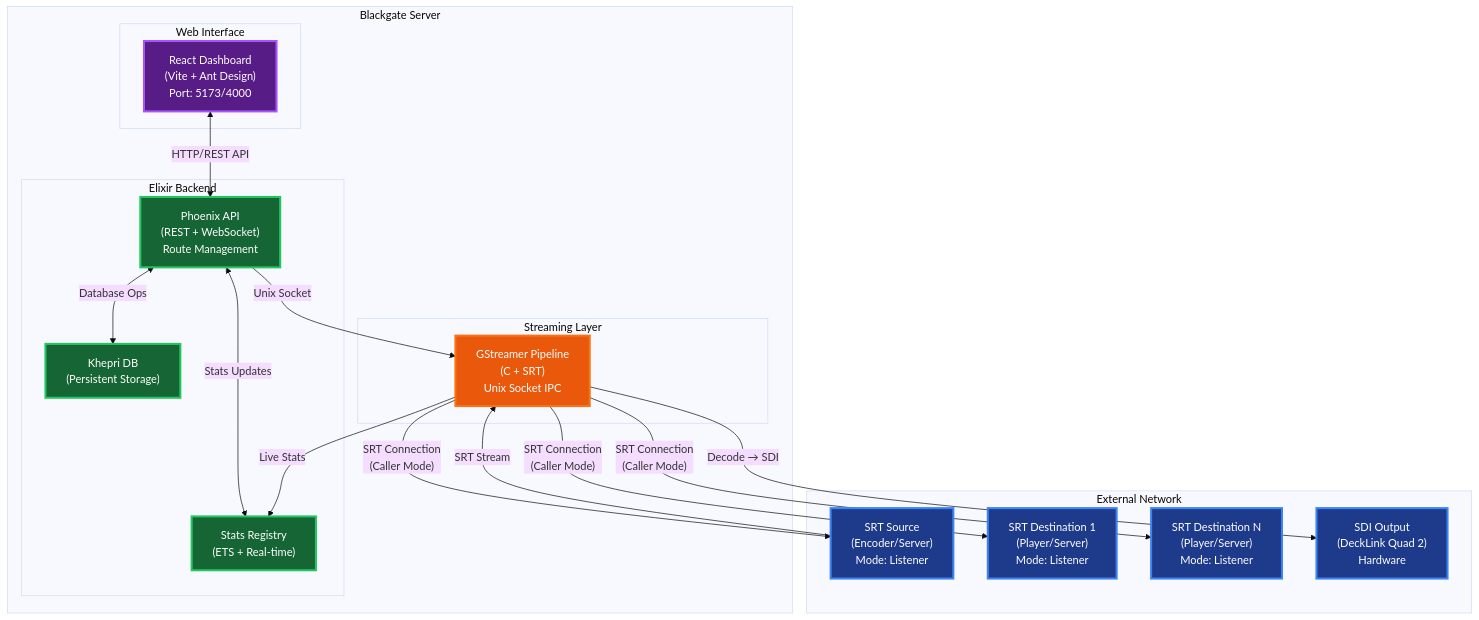
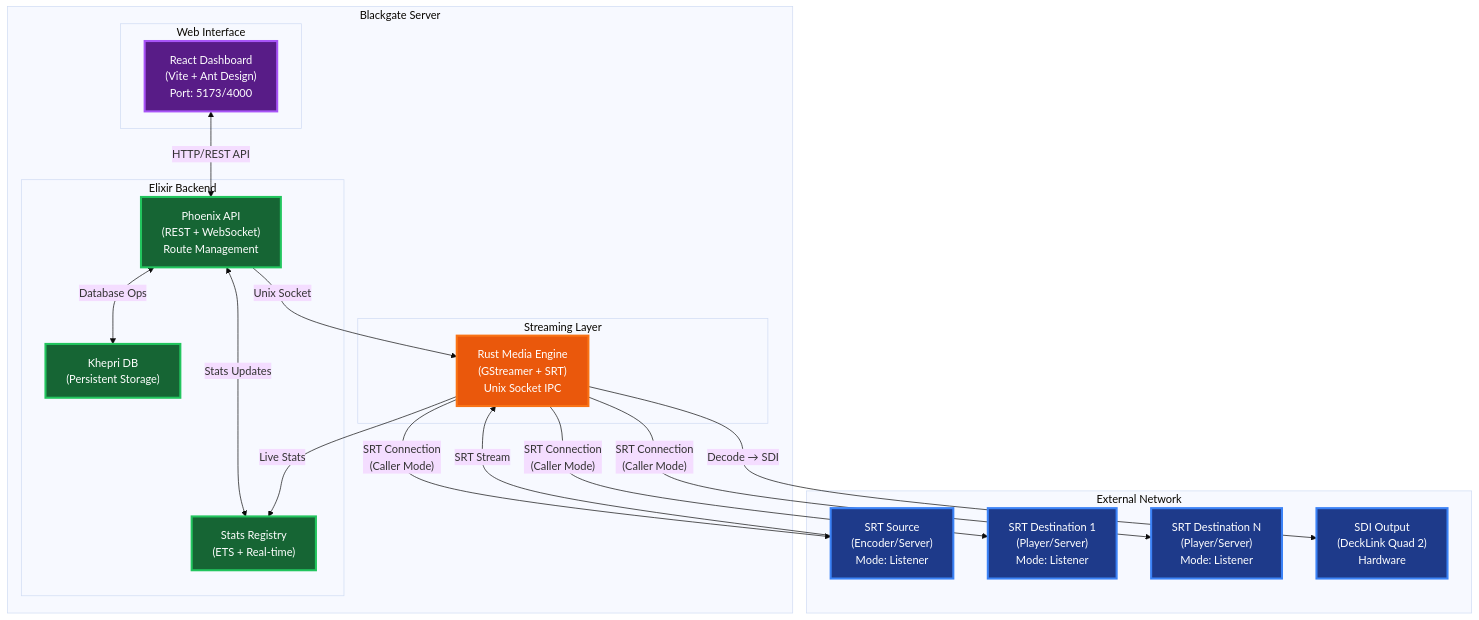
The second of 4 diagrams in README.md (visual-alchemy/blackgate-project), drawn with Mermaid (base theme) before and after one commit. The commit also changed other lines of this file and 12 other files, not shown here.

````diff
--- a/README.md
+++ b/README.md
@@ -151,47 +155,47 @@
 ```mermaid
 graph TB
     subgraph "Blackgate Server"
         subgraph "Web Interface"
             A["React Dashboard<br/>(Vite + Ant Design)<br/>Port: 5173/4000"]
         end
         
         subgraph "Elixir Backend"
             B["Phoenix API<br/>(REST + WebSocket)<br/>Route Management"]
             C["Stats Registry<br/>(ETS + Real-time)"]
             D["Khepri DB<br/>(Persistent Storage)"]
         end
         
         subgraph "Streaming Layer"
-            E["GStreamer Pipeline<br/>(C + SRT)<br/>Unix Socket IPC"]
+            E["Rust Media Engine<br/>(GStreamer + SRT)<br/>Unix Socket IPC"]
         end
     end
     
     subgraph "External Network"
         F["SRT Source<br/>(Encoder/Server)<br/>Mode: Listener"]
         G["SRT Destination 1<br/>(Player/Server)<br/>Mode: Listener"]
         H["SRT Destination N<br/>(Player/Server)<br/>Mode: Listener"]
         I["SDI Output<br/>(DeckLink Quad 2)<br/>Hardware"]
     end
     
     E -->|"SRT Connection<br/>(Caller Mode)"| F
     F -->|"SRT Stream"| E
     E -->|"SRT Connection<br/>(Caller Mode)"| G
     E -->|"SRT Connection<br/>(Caller Mode)"| H
     E -->|"Decode → SDI"| I
     
     A <-->|"HTTP/REST API"| B
     B <-->|"Database Ops"| D
     B <-->|"Stats Updates"| C
     B -->|"Unix Socket"| E
     E -->|"Live Stats"| C
     
     classDef external fill:#1e3a8a,stroke:#3b82f6,stroke-width:3px,color:#ffffff
     classDef ui fill:#581c87,stroke:#a855f7,stroke-width:3px,color:#ffffff
     classDef backend fill:#166534,stroke:#22c55e,stroke-width:3px,color:#ffffff
     classDef streaming fill:#ea580c,stroke:#f97316,stroke-width:3px,color:#ffffff
     
     class F,G,H,I external
     class A ui
     class B,C,D backend
     class E streaming
 ```
````
